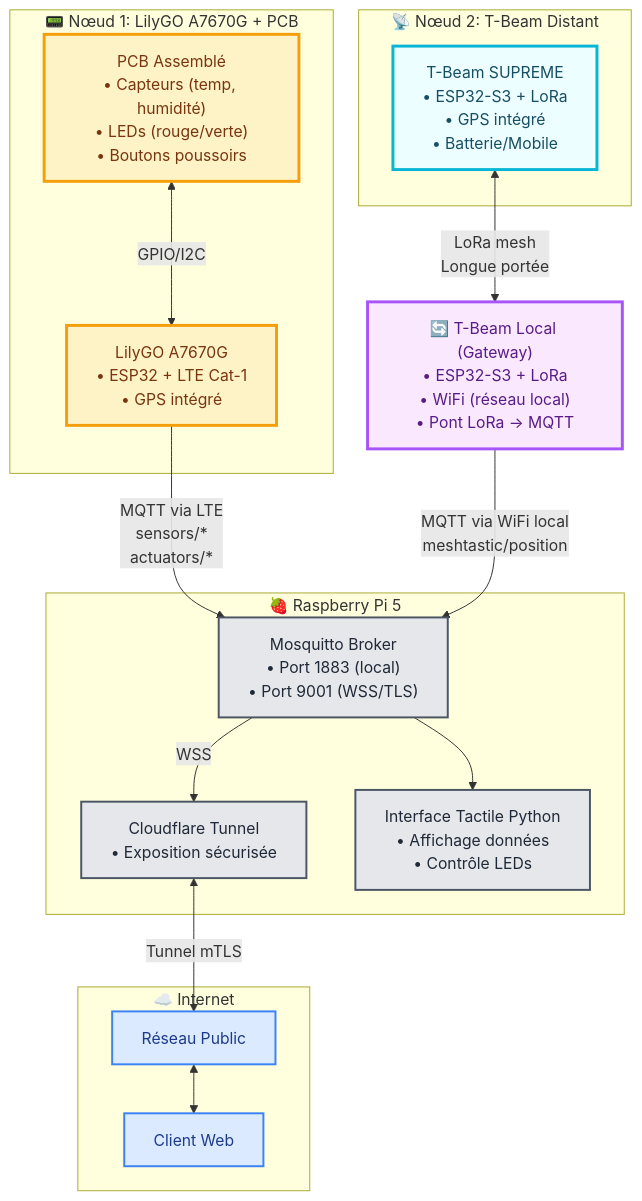
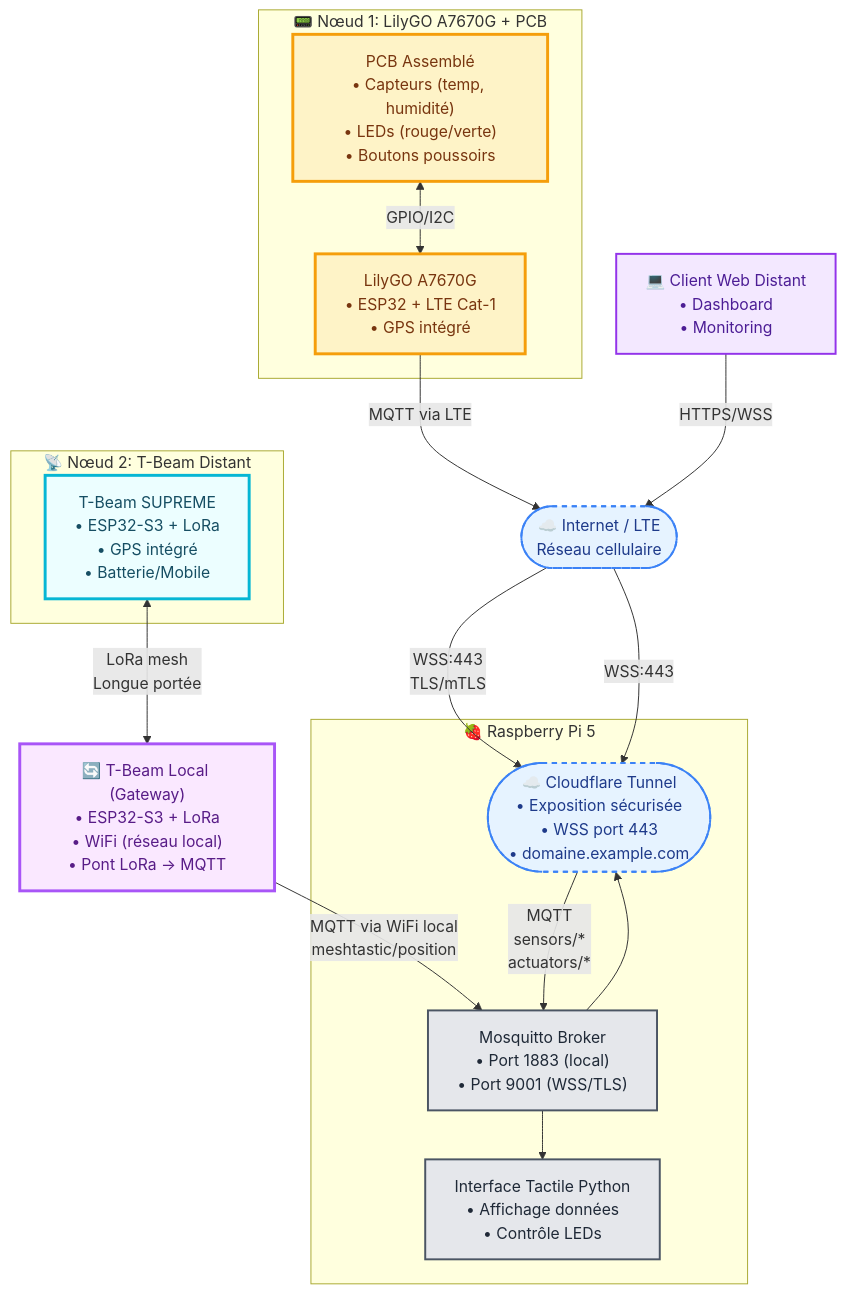
The first of 3 diagrams in architecture-finale-projet.md (fpoisson2/243-4J5-LI), drawn with Mermaid before and after one commit.

````diff
--- a/architecture-finale-projet.md
+++ b/architecture-finale-projet.md
@@ -8,55 +8,63 @@
 ```mermaid
 graph TB
     subgraph Device_LTE["📟 Nœud 1: LilyGO A7670G + PCB"]
         PCB["PCB Assemblé<br/>• Capteurs (temp, humidité)<br/>• LEDs (rouge/verte)<br/>• Boutons poussoirs"]
 
         A7670G["LilyGO A7670G<br/>• ESP32 + LTE Cat-1<br/>• GPS intégré"]
 
         PCB <-->|GPIO/I2C| A7670G
     end
 
     subgraph Device_LoRa["📡 Nœud 2: T-Beam Distant"]
         TBeam_Distant["T-Beam SUPREME<br/>• ESP32-S3 + LoRa<br/>• GPS intégré<br/>• Batterie/Mobile"]
     end
 
     TBeam_Local["🔄 T-Beam Local (Gateway)<br/>• ESP32-S3 + LoRa<br/>• WiFi (réseau local)<br/>• Pont LoRa → MQTT"]
 
     subgraph RaspberryPi["🍓 Raspberry Pi 5"]
         Mosquitto["Mosquitto Broker<br/>• Port 1883 (local)<br/>• Port 9001 (WSS/TLS)"]
 
-        CloudflareTunnel["Cloudflare Tunnel<br/>• Exposition sécurisée"]
-
         InterfaceTactile["Interface Tactile Python<br/>• Affichage données<br/>• Contrôle LEDs"]
 
         Mosquitto --> InterfaceTactile
+        Mosquitto --> CloudflareTunnel
     end
 
-    subgraph Zone_Internet["☁️ Internet"]
-        Internet["Réseau Public"]
-        ClientDistant["Client Web"]
-    end
+    CloudflareTunnel(["☁️ Cloudflare Tunnel<br/>• Exposition sécurisée<br/>• WSS port 443<br/>• domaine.example.com"])
+
+    Internet(["☁️ Internet / LTE<br/>Réseau cellulaire"])
+
+    ClientDistant["💻 Client Web Distant<br/>• Dashboard<br/>• Monitoring"]
 
     %% Flux de communication
-    A7670G -->|"MQTT via LTE<br/>sensors/*<br/>actuators/*"| Mosquitto
 
+    %% Nœud 1 passe par Internet/Cloudflare
+    A7670G -->|"MQTT via LTE"| Internet
+    Internet -->|"WSS:443<br/>TLS/mTLS"| CloudflareTunnel
+    CloudflareTunnel -->|"MQTT<br/>sensors/*<br/>actuators/*"| Mosquitto
+
+    %% Nœud 2 via LoRa mesh
     TBeam_Distant <-->|"LoRa mesh<br/>Longue portée"| TBeam_Local
 
+    %% Gateway local
     TBeam_Local -->|"MQTT via WiFi local<br/>meshtastic/position"| Mosquitto
 
-    CloudflareTunnel <-->|Tunnel mTLS| Internet
-    Mosquitto -->|WSS| CloudflareTunnel
-    Internet <--> ClientDistant
+    %% Accès client distant
+    ClientDistant -->|"HTTPS/WSS"| Internet
+    Internet -->|"WSS:443"| CloudflareTunnel
 
     %% Styles
     classDef lte fill:#fef3c7,stroke:#f59e0b,stroke-width:3px,color:#78350f
     classDef lora_remote fill:#ecfeff,stroke:#06b6d4,stroke-width:3px,color:#164e63
     classDef lora_local fill:#fae8ff,stroke:#a855f7,stroke-width:3px,color:#581c87
     classDef infra fill:#e5e7eb,stroke:#4b5563,stroke-width:2px,color:#1f2937
-    classDef cloud fill:#dbeafe,stroke:#3b82f6,stroke-width:2px,color:#1e3a8a
+    classDef cloud fill:#e6f3ff,stroke:#3b82f6,stroke-width:2px,stroke-dasharray:5 5,color:#1e3a8a
+    classDef client fill:#f3e8ff,stroke:#9333ea,stroke-width:2px,color:#4c1d95
 
     class PCB,A7670G lte
     class TBeam_Distant lora_remote
     class TBeam_Local lora_local
-    class Mosquitto,CloudflareTunnel,InterfaceTactile infra
-    class Internet,ClientDistant cloud
+    class Mosquitto,InterfaceTactile infra
+    class CloudflareTunnel,Internet cloud
+    class ClientDistant client
 ```
````
